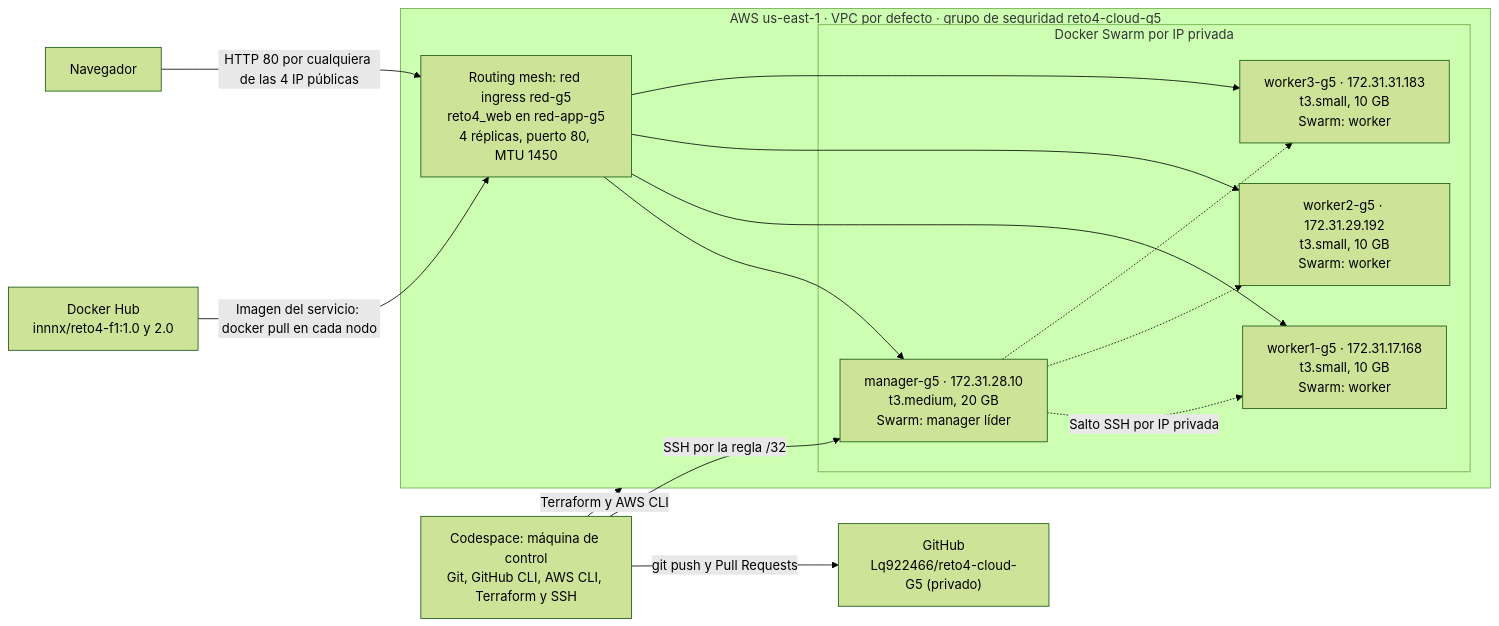
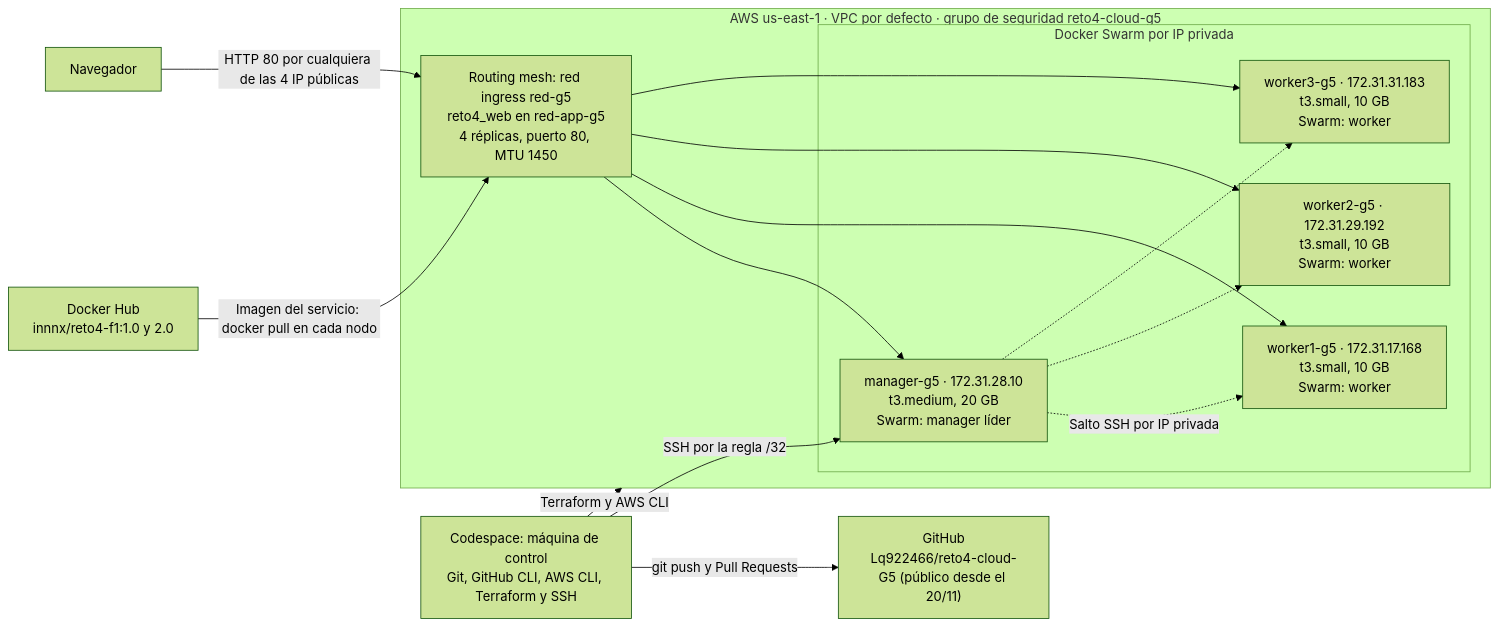
Before and after one commit to Lq922466/reto4-cloud-G5: the diagram in diagramas/arquitectura.md, drawn with Mermaid (forest theme).

Commit message:
docs: actualizar la visibilidad real del repositorio en el diagrama Mermaid

````diff
--- a/diagramas/arquitectura.md
+++ b/diagramas/arquitectura.md
@@ -7,23 +7,23 @@
 ```mermaid
 flowchart LR
     HUB["Docker Hub<br/>innnx/reto4-f1:1.0 y 2.0"]
     WEB["Navegador"]
     CS["Codespace: máquina de control<br/>Git, GitHub CLI, AWS CLI, Terraform y SSH"]
     subgraph AWS["AWS us-east-1 · VPC por defecto · grupo de seguridad reto4-cloud-g5"]
         ING["Routing mesh: red ingress red-g5<br/>reto4_web en red-app-g5<br/>4 réplicas, puerto 80, MTU 1450"]
         subgraph SW["Docker Swarm por IP privada"]
             M["manager-g5 · 172.31.28.10<br/>t3.medium, 20 GB<br/>Swarm: manager líder"]
             W1["worker1-g5 · 172.31.17.168<br/>t3.small, 10 GB<br/>Swarm: worker"]
             W2["worker2-g5 · 172.31.29.192<br/>t3.small, 10 GB<br/>Swarm: worker"]
             W3["worker3-g5 · 172.31.31.183<br/>t3.small, 10 GB<br/>Swarm: worker"]
         end
         ING --> M & W1 & W2 & W3
     end
     HUB -->|"Imagen del servicio: docker pull en cada nodo"| ING
     WEB -->|"HTTP 80 por cualquiera de las 4 IP públicas"| ING
     CS -->|"Terraform y AWS CLI"| AWS
     CS -->|"SSH por la regla /32"| M
     M -.->|"Salto SSH por IP privada"| W1
     M -.-> W2 & W3
-    CS -->|"git push y Pull Requests"| GH["GitHub<br/>Lq922466/reto4-cloud-G5 (privado)"]
+    CS -->|"git push y Pull Requests"| GH["GitHub<br/>Lq922466/reto4-cloud-G5 (público desde el 20/11)"]
 ```
````
